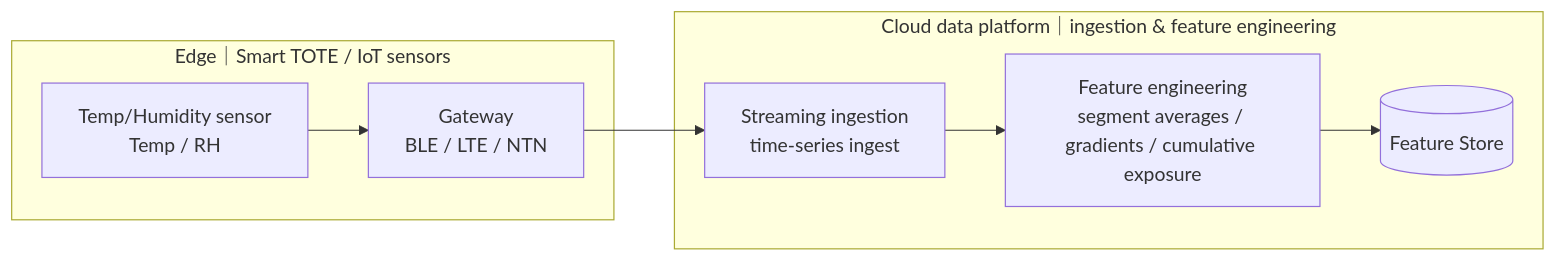
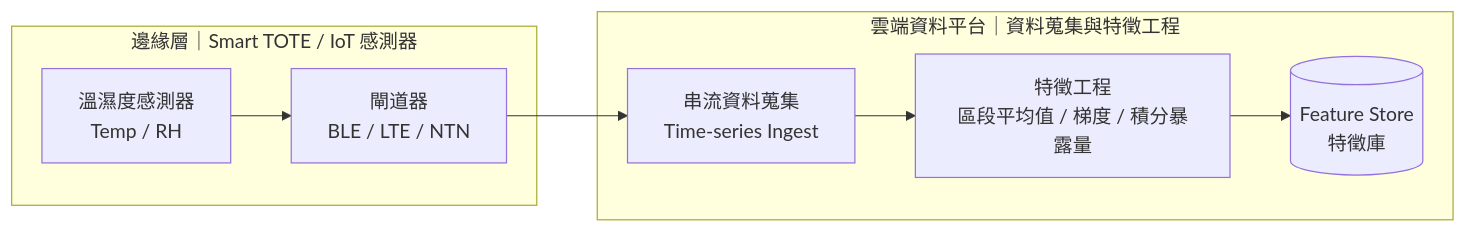
One commit to jshuo/ai-moea-proposal changed the fifth of 10 diagrams in proposal/AI-Application-Enhancement-Program-Proposal-Submission.md. Above: the diagram before and after it, drawn with Mermaid. The commit also changed other lines of this file, not shown here.

Commit message:
Implement feature X to enhance user experience and optimize performance

````diff
--- a/proposal/AI-Application-Enhancement-Program-Proposal-Submission.md
+++ b/proposal/AI-Application-Enhancement-Program-Proposal-Submission.md
@@ -631,21 +669,21 @@
-  ```mermaid
-  flowchart LR
-    %% Upstream: edge layer and cloud data platform (connected via Feature Store)
+```mermaid
+flowchart LR
+  %% 上游：邊緣層與雲端資料平台（以「特徵庫」為連接點）
 
-    subgraph EDGE["Edge｜Smart TOTE / IoT sensors"]
-      T_SENSOR[Temp/Humidity sensor<br/>Temp / RH]
-      T_GATEWAY[Gateway<br/>BLE / LTE / NTN]
-    end
+  subgraph EDGE["邊緣層｜Smart TOTE / IoT 感測器"]
+    T_SENSOR[溫濕度感測器<br/>Temp / RH ]
+    T_GATEWAY[閘道器<br/>BLE / LTE / NTN]
+  end
 
-    subgraph INGEST["Cloud data platform｜ingestion & feature engineering"]
-      T_STREAM[Streaming ingestion<br/>time-series ingest]
-      T_FEATURE[Feature engineering<br/>segment averages / gradients / cumulative exposure]
-      T_STORE[(Feature Store)]
-    end
+  subgraph INGEST["雲端資料平台｜資料蒐集與特徵工程"]
+    T_STREAM[串流資料蒐集<br/>Time-series Ingest]
+    T_FEATURE[特徵工程<br/>區段平均值 / 梯度 / 積分暴露量]
+    T_STORE[(Feature Store<br/>特徵庫)]
+  end
 
-    %% Data flow (Upstream)
-    T_SENSOR --> T_GATEWAY
-    T_GATEWAY --> T_STREAM
-    T_STREAM --> T_FEATURE
-    T_FEATURE --> T_STORE
-  ```
+  %% Data flow (上游)
+  T_SENSOR --> T_GATEWAY
+  T_GATEWAY --> T_STREAM
+  T_STREAM --> T_FEATURE
+  T_FEATURE --> T_STORE
+```
````
